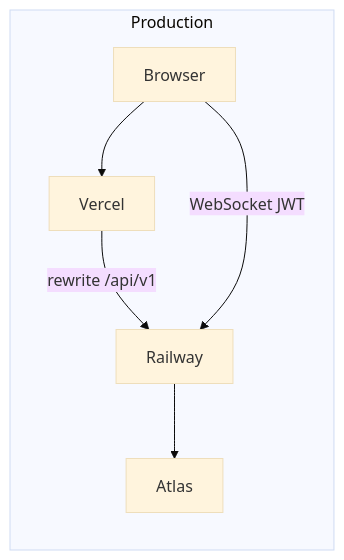
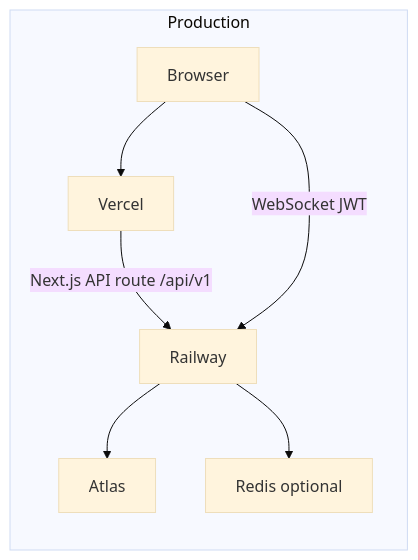
One commit to himel2535/toys_factory_erp_backend changed the first of 4 diagrams in README.md. Above: the diagram before and after it, drawn with Mermaid (base theme). The commit also changed other lines of this file and 1 other file, not shown here.

Commit message:
docs: document ERP and LLM engineering architecture

````diff
--- a/README.md
+++ b/README.md
@@ -103,9 +114,10 @@
 ```mermaid
 flowchart LR
   subgraph hosted [Production]
     Browser --> Vercel
-    Vercel -->|"rewrite /api/v1"| Railway
+    Vercel -->|"Next.js API route /api/v1"| Railway
     Browser -->|"WebSocket JWT"| Railway
     Railway --> Atlas
+    Railway --> RedisOpt[Redis optional]
   end
 ```
````
